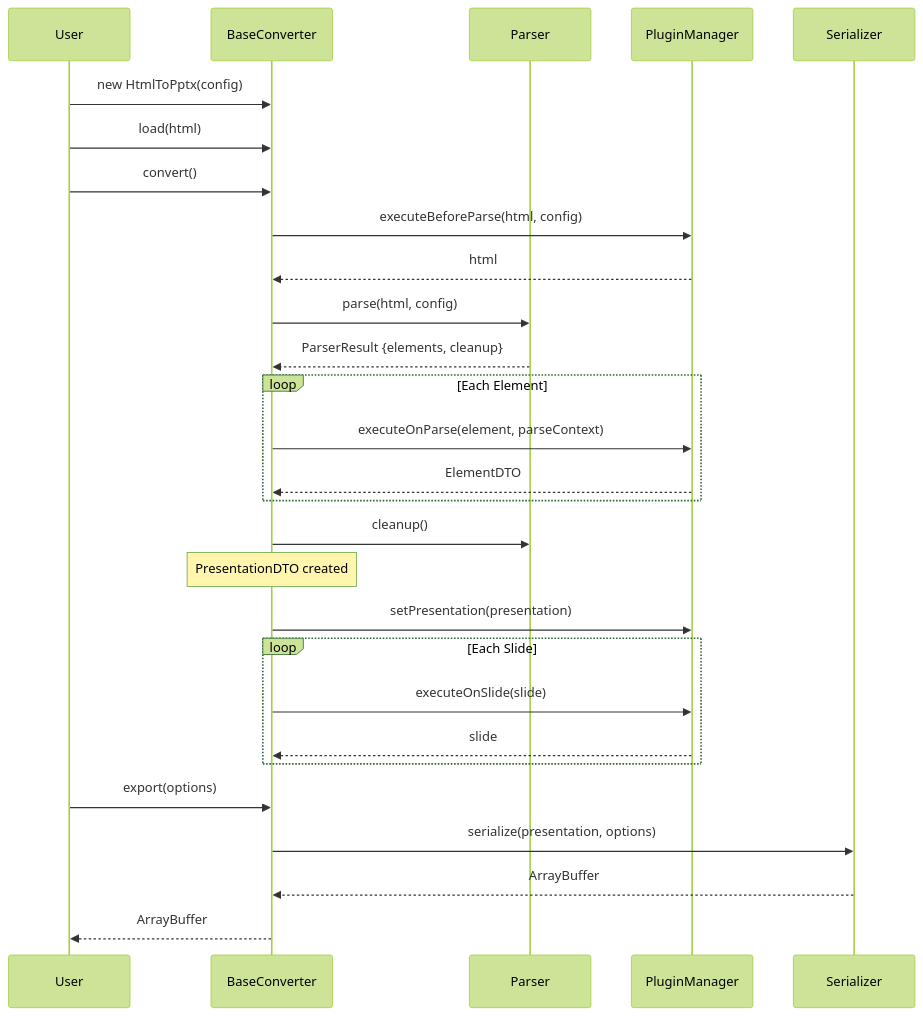
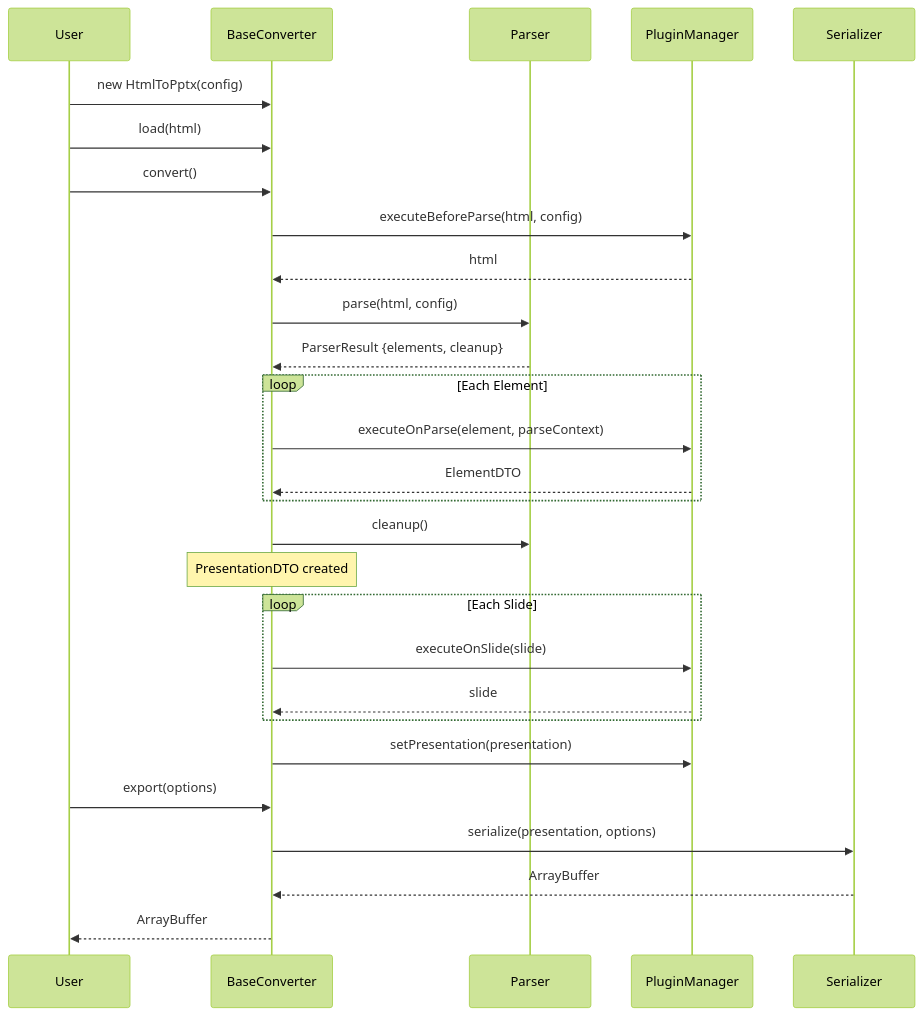
One commit to christphralden/html-in-pptx-out changed the first of 3 diagrams in README.md. Above: the diagram before and after it, drawn with Mermaid (forest theme). The commit also changed other lines of this file, not shown here.

````diff
--- a/README.md
+++ b/README.md
@@ -88,31 +88,31 @@
 ```mermaid
 sequenceDiagram
     participant User
     participant BaseConverter
     participant Parser
     participant PluginManager
     participant Serializer
 
     User->>BaseConverter: new HtmlToPptx(config)
     User->>BaseConverter: load(html)
     User->>BaseConverter: convert()
     BaseConverter->>PluginManager: executeBeforeParse(html, config)
     PluginManager-->>BaseConverter: html
     BaseConverter->>Parser: parse(html, config)
     Parser-->>BaseConverter: ParserResult {elements, cleanup}
     loop Each Element
         BaseConverter->>PluginManager: executeOnParse(element, parseContext)
         PluginManager-->>BaseConverter: ElementDTO
     end
     BaseConverter->>Parser: cleanup()
     Note over BaseConverter: PresentationDTO created
-    BaseConverter->>PluginManager: setPresentation(presentation)
     loop Each Slide
         BaseConverter->>PluginManager: executeOnSlide(slide)
         PluginManager-->>BaseConverter: slide
     end
+    BaseConverter->>PluginManager: setPresentation(presentation)
     User->>BaseConverter: export(options)
     BaseConverter->>Serializer: serialize(presentation, options)
     Serializer-->>BaseConverter: ArrayBuffer
     BaseConverter-->>User: ArrayBuffer
 ```
````
